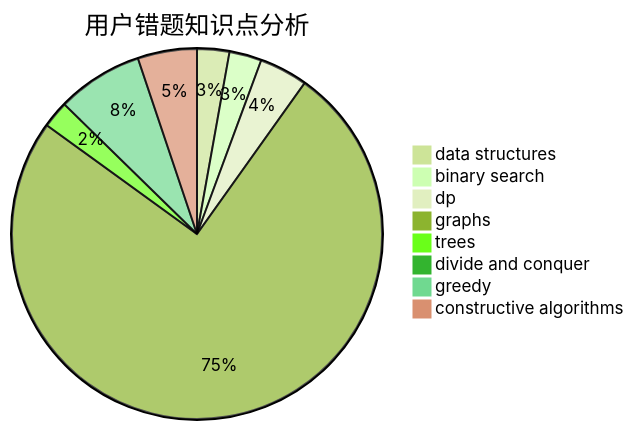
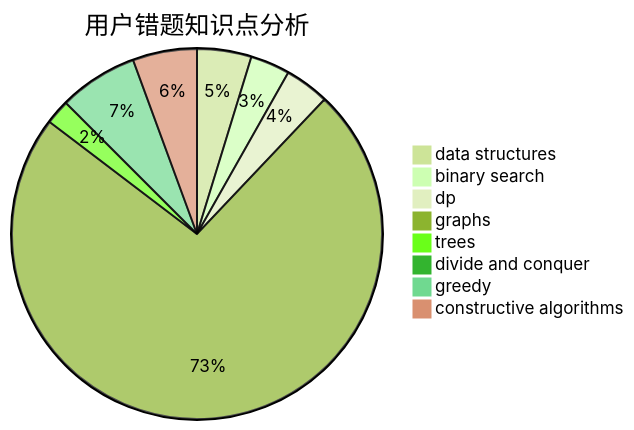
Before and after one commit to sherpahu/cfrs.github.io: the third of 3 diagrams in docs/user/u1529.md, drawn with Mermaid (forest theme). The commit also changed other lines of this file and 2770 other files, not shown here.

````diff
--- a/docs/user/u1529.md
+++ b/docs/user/u1529.md
@@ -36,11 +36,11 @@
 ```mermaid
 pie title 用户错题知识点分析
-    "data structures" :  6
-    "binary search" :  6
+    "data structures" :  11
+    "binary search" :  8
     "dp" :  9
-    "graphs" :  160
+    "graphs" :  170
     "trees" :  5
     "divide and conquer" :  0
     "greedy" :  16
-    "constructive algorithms" :  11
+    "constructive algorithms" :  13
 ```
````
